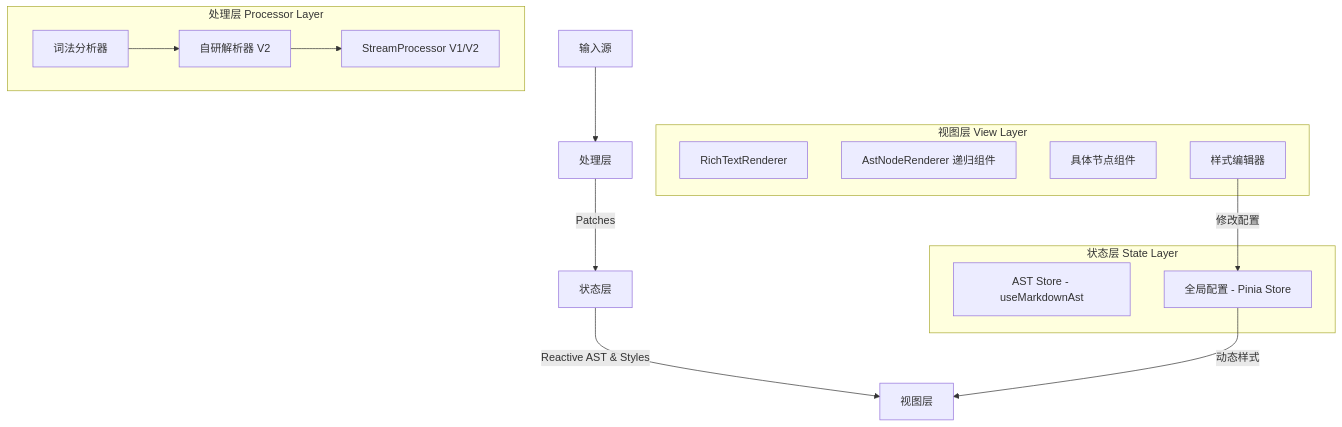
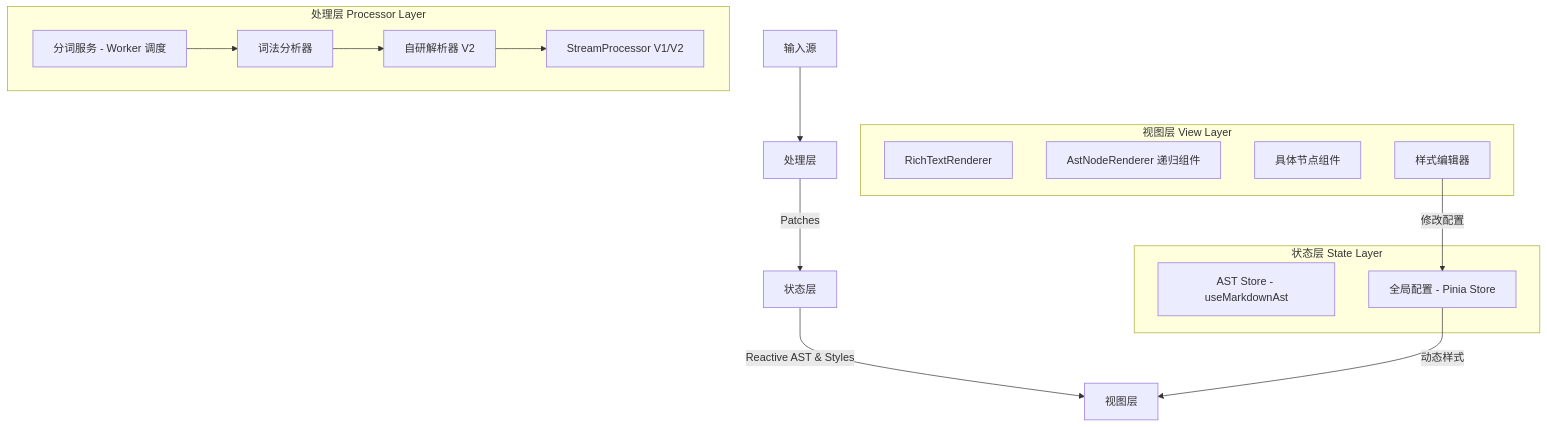
The diagram in src/tools/rich-text-renderer/ARCHITECTURE.md (miaotouy/aio-hub), drawn with Mermaid before and after one commit. The commit also changed other lines of this file, not shown here.

````diff
--- a/src/tools/rich-text-renderer/ARCHITECTURE.md
+++ b/src/tools/rich-text-renderer/ARCHITECTURE.md
@@ -19,31 +19,33 @@
 ```mermaid
 graph TD
     Input[输入源] --> Processor[处理层]
 
     subgraph ProcessorLayer[处理层 Processor Layer]
         Tokenizer[词法分析器]
+        TokenizerService[分词服务 - Worker 调度]
         CustomParser[自研解析器 V2]
         StreamProcessor[StreamProcessor V1/V2]
+        TokenizerService --> Tokenizer
         Tokenizer --> CustomParser
         CustomParser --> StreamProcessor
     end
 
     Processor -->|Patches| State[状态层]
 
     subgraph StateLayer[状态层 State Layer]
         Store[AST Store - useMarkdownAst]
         Config[全局配置 - Pinia Store]
     end
 
     State -->|Reactive AST & Styles| View[视图层]
 
     subgraph ViewLayer[视图层 View Layer]
         Root[RichTextRenderer]
         NodeRenderer[AstNodeRenderer 递归组件]
         Components[具体节点组件]
         StyleEditor[样式编辑器]
     end
 
     Config -- 动态样式 --> View
     StyleEditor -- 修改配置 --> Config
 ```
````
